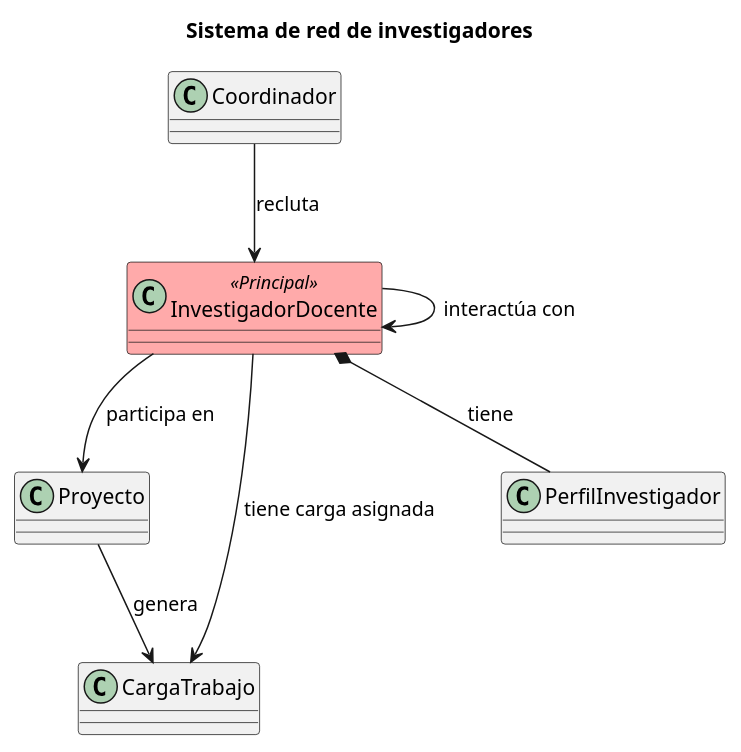
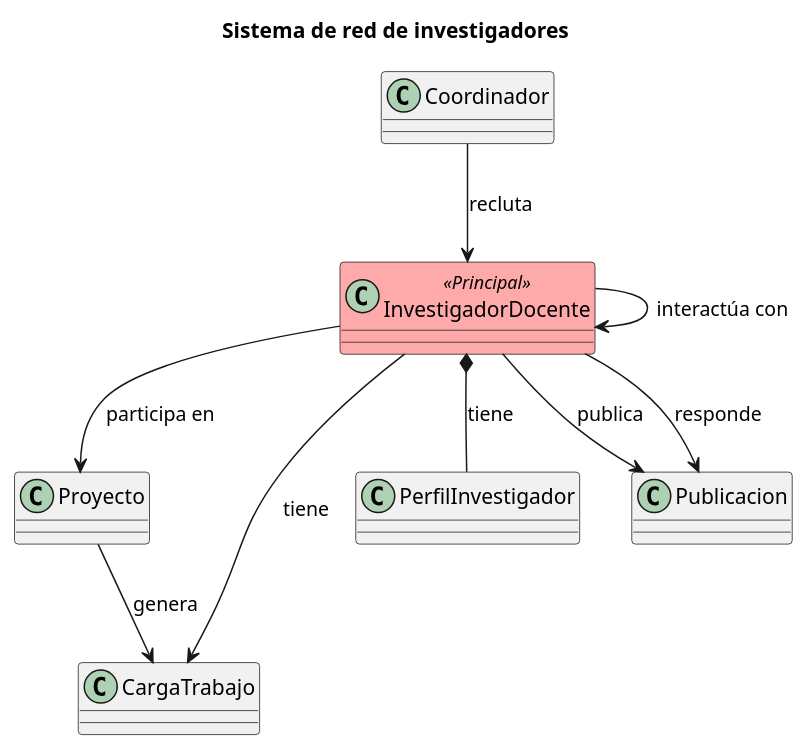
Before and after one commit to 31Diego/25-26-IdSw1-SdR: the diagram in documentación/ModeloDelDominio/Diagramas/Clases/DiagramaClasesRed.puml, drawn with PlantUML. The commit also changed 8 other files, not shown here.

```diff
--- a/documentación/ModeloDelDominio/Diagramas/Clases/DiagramaClasesRed.puml
+++ b/documentación/ModeloDelDominio/Diagramas/Clases/DiagramaClasesRed.puml
@@ -1,30 +1,37 @@
 @startuml DiagramaClasesRed
 
 title Sistema de red de investigadores
 
 class InvestigadorDocente <<Principal>> #FFAAAA {
 }
 
 class Proyecto {
 }
 
 class Coordinador {
 }
 
 class CargaTrabajo {
 }
 
 class PerfilInvestigador {
 }
 
+class Publicacion {
+
+}
 
 InvestigadorDocente --> Proyecto : participa en
-InvestigadorDocente --> CargaTrabajo : tiene carga asignada
+InvestigadorDocente --> CargaTrabajo : tiene
 InvestigadorDocente *-- PerfilInvestigador : tiene
 InvestigadorDocente --> InvestigadorDocente : interactúa con
+InvestigadorDocente --> Publicacion: publica
+InvestigadorDocente --> Publicacion: responde
+
 
 Proyecto --> CargaTrabajo : genera
+
 
 Coordinador --> InvestigadorDocente : recluta
 
 @enduml
```
